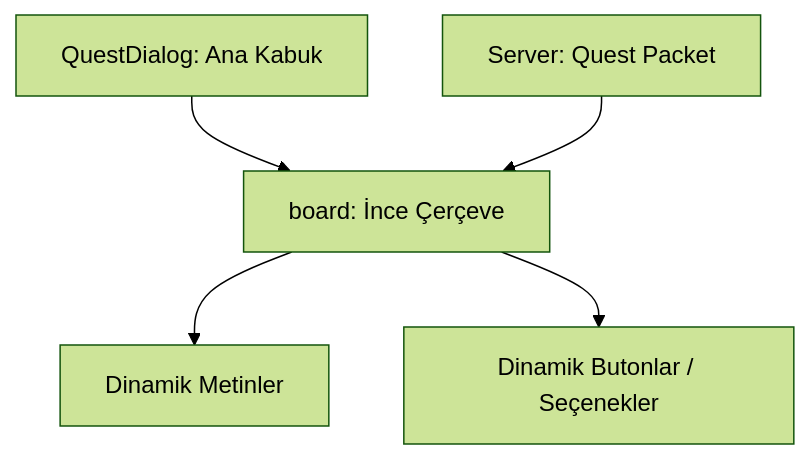
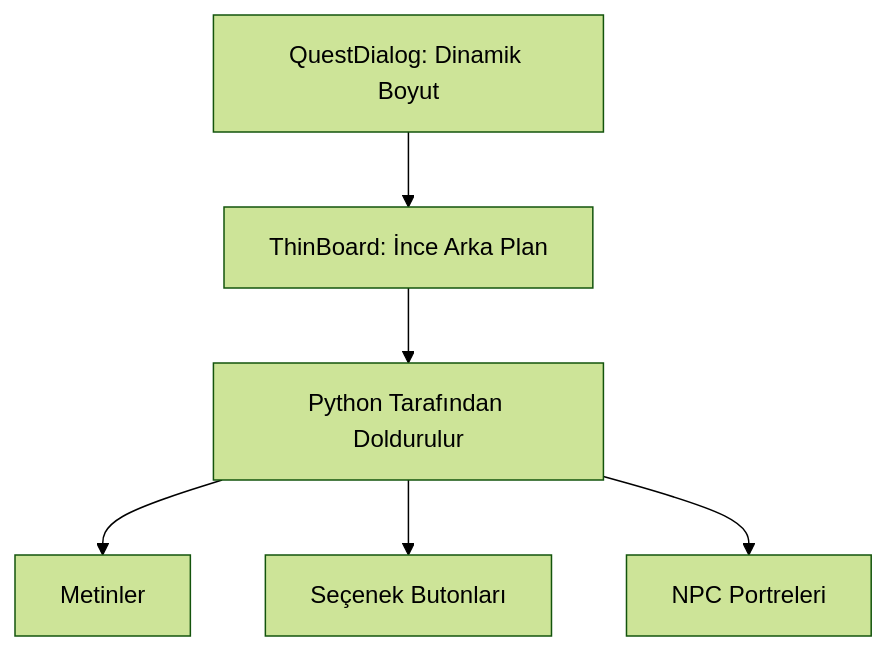
One commit to Engin622/Metin2-Pack-Agent-Skills changed the diagram in uiscript/questdialog/skills.md. Above: the diagram before and after it, drawn with Mermaid (forest theme). The commit also changed other lines of this file and 65 other files, not shown here.

````diff
--- a/uiscript/questdialog/skills.md
+++ b/uiscript/questdialog/skills.md
@@ -31,7 +23,8 @@
 ```mermaid
 graph TD
-    A[QuestDialog: Ana Kabuk] --> B[board: İnce Çerçeve]
-    B --> C[Dinamik Metinler]
-    B --> D[Dinamik Butonlar / Seçenekler]
-    E[Server: Quest Packet] --> B
+    A[QuestDialog: Dinamik Boyut] --> B[ThinBoard: İnce Arka Plan]
+    B --> C[Python Tarafından Doldurulur]
+    C --> C1[Metinler]
+    C --> C2[Seçenek Butonları]
+    C --> C3[NPC Portreleri]
 ```
````
